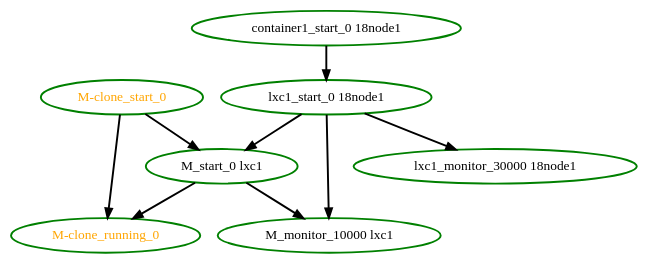
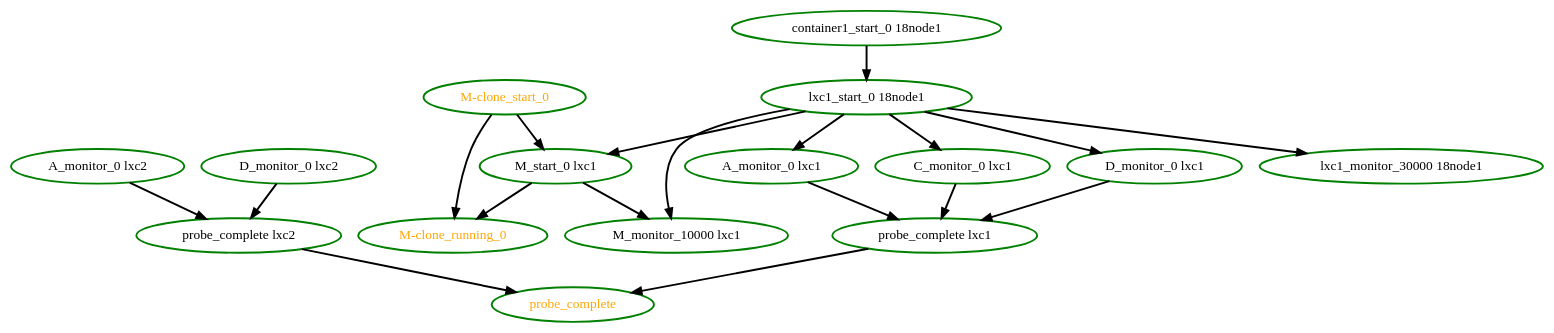
Before and after one commit to ClusterLabs/pacemaker: the diagram in pengine/test10/whitebox-start.dot, drawn with Graphviz. The commit also changed 26 other files, not shown here.

```diff
--- a/pengine/test10/whitebox-start.dot
+++ b/pengine/test10/whitebox-start.dot
@@ -1,17 +1,35 @@
 digraph "g" {
+"A_monitor_0 lxc1" -> "probe_complete lxc1" [ style = bold]
+"A_monitor_0 lxc1" [ style=bold color="green" fontcolor="black"]
+"A_monitor_0 lxc2" -> "probe_complete lxc2" [ style = bold]
+"A_monitor_0 lxc2" [ style=bold color="green" fontcolor="black"]
+"C_monitor_0 lxc1" -> "probe_complete lxc1" [ style = bold]
+"C_monitor_0 lxc1" [ style=bold color="green" fontcolor="black"]
+"D_monitor_0 lxc1" -> "probe_complete lxc1" [ style = bold]
+"D_monitor_0 lxc1" [ style=bold color="green" fontcolor="black"]
+"D_monitor_0 lxc2" -> "probe_complete lxc2" [ style = bold]
+"D_monitor_0 lxc2" [ style=bold color="green" fontcolor="black"]
 "M-clone_running_0" [ style=bold color="green" fontcolor="orange"]
 "M-clone_start_0" -> "M-clone_running_0" [ style = bold]
 "M-clone_start_0" -> "M_start_0 lxc1" [ style = bold]
 "M-clone_start_0" [ style=bold color="green" fontcolor="orange"]
 "M_monitor_10000 lxc1" [ style=bold color="green" fontcolor="black"]
 "M_start_0 lxc1" -> "M-clone_running_0" [ style = bold]
 "M_start_0 lxc1" -> "M_monitor_10000 lxc1" [ style = bold]
 "M_start_0 lxc1" [ style=bold color="green" fontcolor="black"]
 "container1_start_0 18node1" -> "lxc1_start_0 18node1" [ style = bold]
 "container1_start_0 18node1" [ style=bold color="green" fontcolor="black"]
 "lxc1_monitor_30000 18node1" [ style=bold color="green" fontcolor="black"]
+"lxc1_start_0 18node1" -> "A_monitor_0 lxc1" [ style = bold]
+"lxc1_start_0 18node1" -> "C_monitor_0 lxc1" [ style = bold]
+"lxc1_start_0 18node1" -> "D_monitor_0 lxc1" [ style = bold]
 "lxc1_start_0 18node1" -> "M_monitor_10000 lxc1" [ style = bold]
 "lxc1_start_0 18node1" -> "M_start_0 lxc1" [ style = bold]
 "lxc1_start_0 18node1" -> "lxc1_monitor_30000 18node1" [ style = bold]
 "lxc1_start_0 18node1" [ style=bold color="green" fontcolor="black"]
+"probe_complete lxc1" -> "probe_complete" [ style = bold]
+"probe_complete lxc1" [ style=bold color="green" fontcolor="black"]
+"probe_complete lxc2" -> "probe_complete" [ style = bold]
+"probe_complete lxc2" [ style=bold color="green" fontcolor="black"]
+"probe_complete" [ style=bold color="green" fontcolor="orange"]
 }
```
